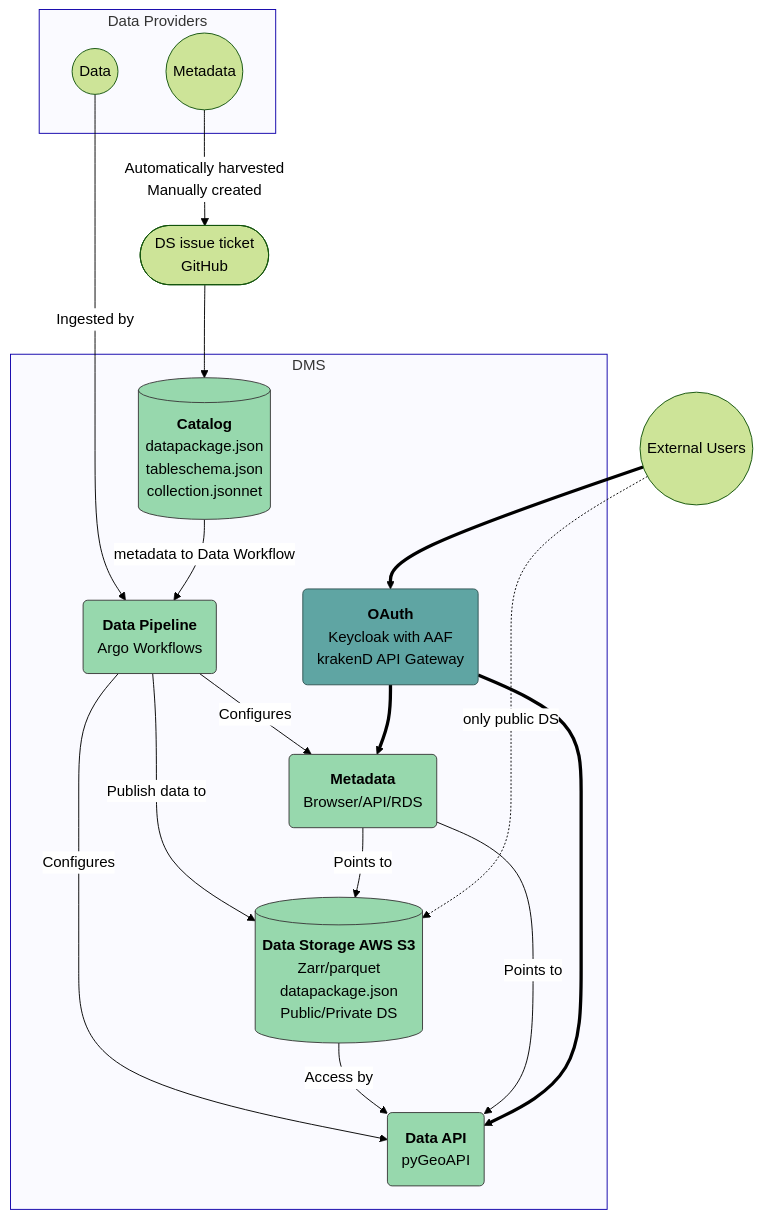
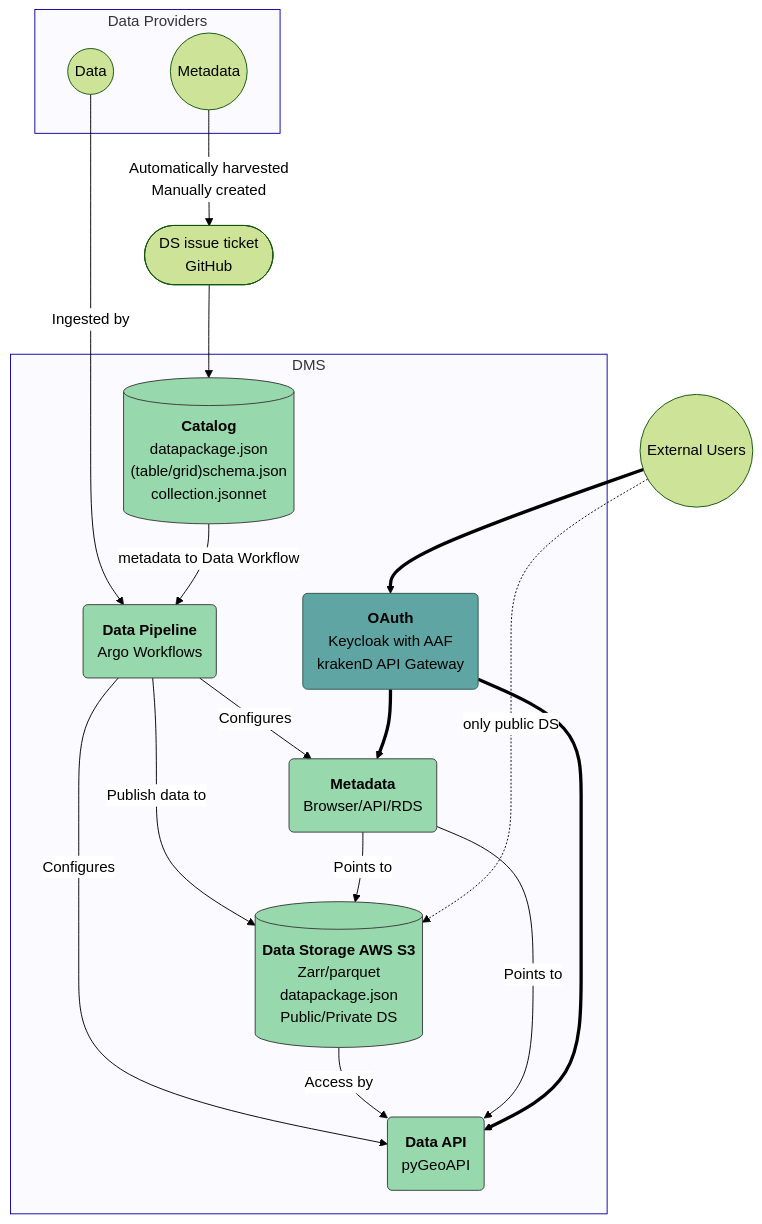
Before and after one commit to gbr-dms/rimrep-documentation: the diagram in docs/architecture/README.md, drawn with Mermaid.

Commit message:
Update diagram

````diff
--- a/docs/architecture/README.md
+++ b/docs/architecture/README.md
@@ -47,54 +47,54 @@
 ```mermaid
 %%{
   init: {
     'theme': 'forest',
     'themeVariables': {
       'edgeLabelBackground': '#ffffff',
       'tertiaryTextColor': '#0f00aa',
       'clusterBkg': '#fafaff',
       'clusterBorder': '#0f00aa', 
       'fontSize': 24
     }
   }
 }%%
 
 flowchart TB
   classDef green fill:#97d8ad,stroke:#3b3b3b;
   classDef blue fill:#5fa5a3, stroke:#315554 ;
 
   subgraph "DMS"
     data_pipeline(<strong>Data Pipeline</strong>\n Argo Workflows):::green
     data_api(<strong>Data API</strong>\n pyGeoAPI):::green
     metadata_api(<strong>Metadata</strong> \n Browser/API/RDS):::green
     data_storage[(<strong>Data Storage AWS S3</strong>\n Zarr/parquet \n datapackage.json \nPublic/Private DS)]:::green
-    catalog[(<strong>Catalog</strong> \n datapackage.json \n tableschema.json\ncollection.jsonnet)]:::green
+    catalog[("<strong>Catalog</strong> \n datapackage.json \n (table/grid)schema.json\ncollection.jsonnet")]:::green
     OAuth("<strong>OAuth</strong> \n Keycloak with AAF \n krakenD API Gateway"):::blue
     end
 
   subgraph "Data Providers" 
     data_providers(("Data"))
     external_metadata(("Metadata"))
   end
 
 
   github([DS issue ticket \n GitHub])
   external_users((External Users))
 
   data_providers --> |Ingested by| data_pipeline
   external_metadata --> |Automatically harvested \n Manually created| github
   github --> catalog
   data_pipeline -->|Configures| data_api
   data_pipeline -->|Configures| metadata_api
   catalog -->|metadata to Data Workflow| data_pipeline
   data_pipeline -->|Publish data to| data_storage
   data_storage -->|Access by| data_api
 
   metadata_api--> |Points to| data_api
   metadata_api-->|Points to| data_storage
 
   external_users ==> OAuth
   external_users .->|only public DS| data_storage
   OAuth ==> data_api
   OAuth ==> metadata_api
 
 ```
````
